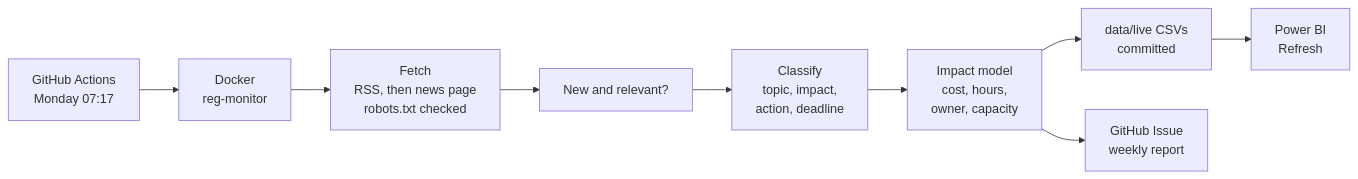
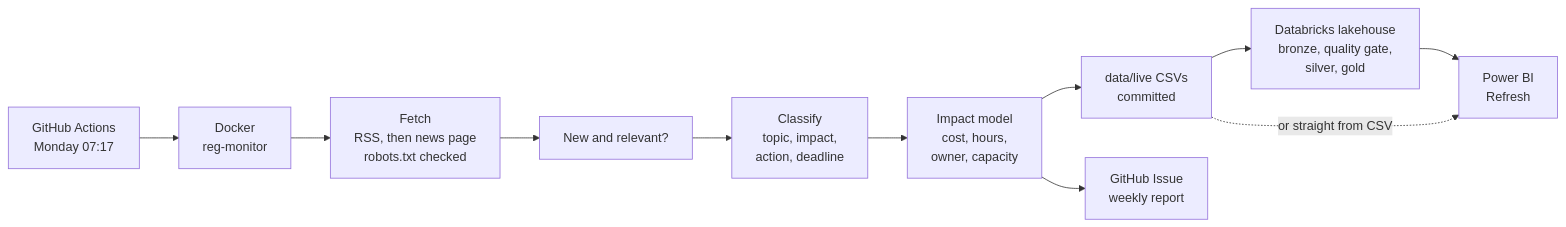
One commit to brianphu2310/Regulartory_Change_Monitor changed the diagram in README.md. Above: the diagram before and after it, drawn with Mermaid. The commit also changed other lines of this file and 213 other files, not shown here.

First line of the commit message:
v4: Databricks lakehouse (bronze, quality gate, silver MERGE history, gold) and a Weekly trend page

````diff
--- a/README.md
+++ b/README.md
@@ -32,11 +33,13 @@
 ```mermaid
 flowchart LR
     A[GitHub Actions<br/>Monday 07:17] --> B[Docker<br/>reg-monitor]
     B --> C[Fetch<br/>RSS, then news page<br/>robots.txt checked]
     C --> D[New and relevant?]
     D --> E[Classify<br/>topic, impact,<br/>action, deadline]
     E --> F[Impact model<br/>cost, hours,<br/>owner, capacity]
     F --> G[data/live CSVs<br/>committed]
     F --> H[GitHub Issue<br/>weekly report]
-    G --> I[Power BI<br/>Refresh]
+    G --> L[Databricks lakehouse<br/>bronze, quality gate,<br/>silver, gold]
+    L --> I[Power BI<br/>Refresh]
+    G -.->|or straight from CSV| I
 ```
````
